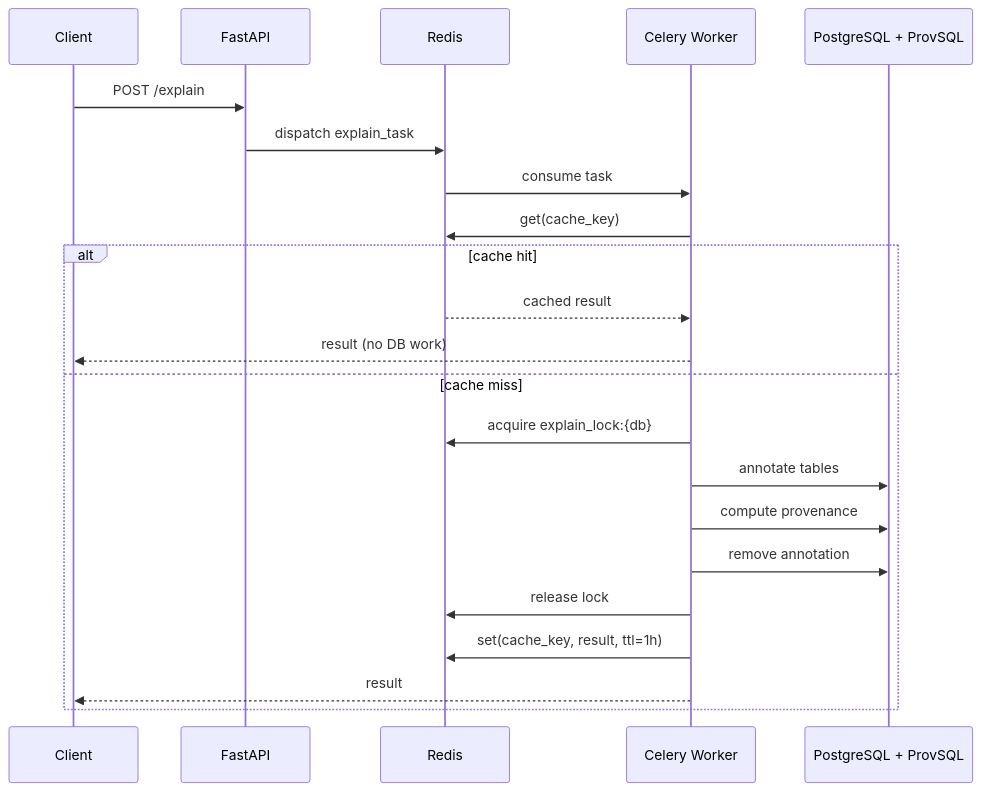
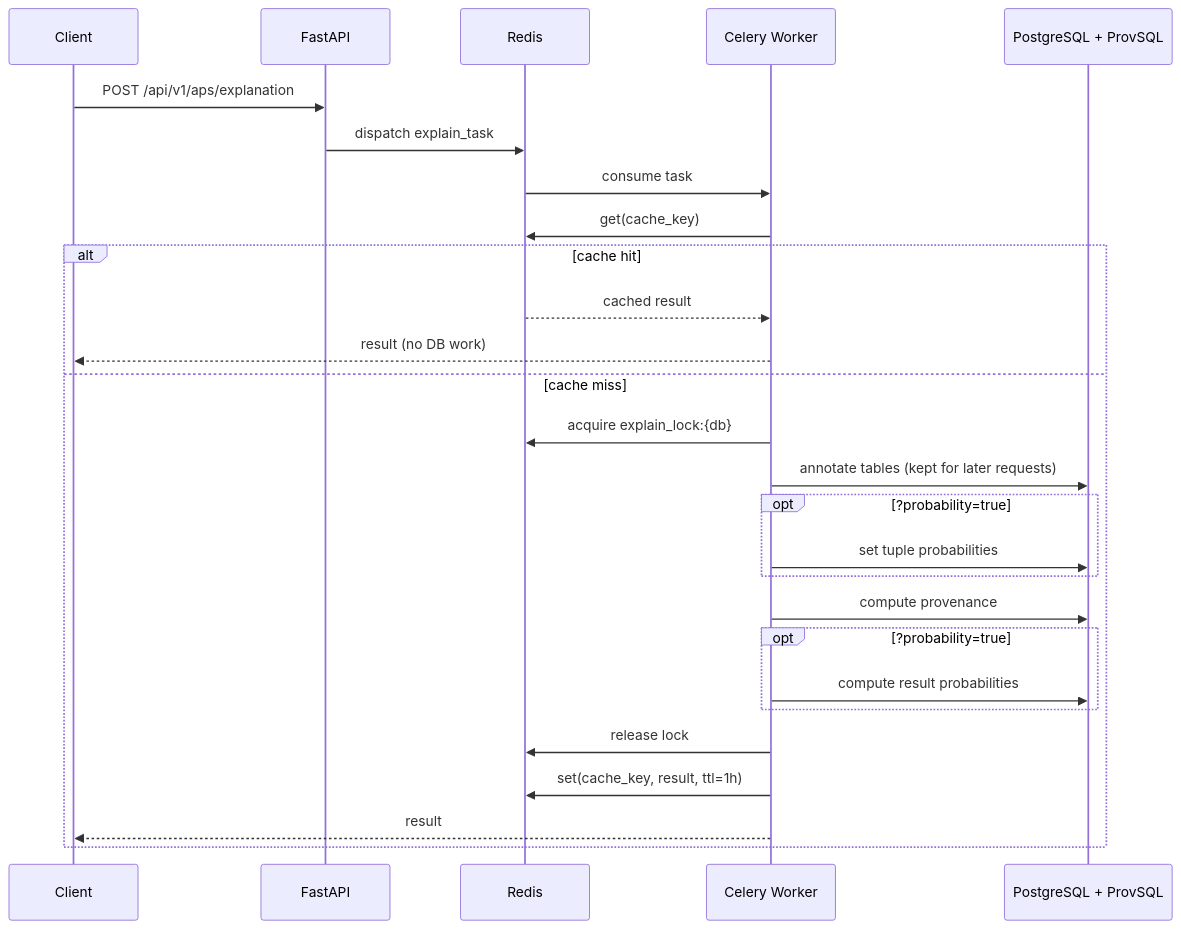
Before and after one commit to datagems-eosc/ap-explanation: the second of 2 diagrams in README.md, drawn with Mermaid. The commit also changed other lines of this file and 32 other files, not shown here.

````diff
--- a/README.md
+++ b/README.md
@@ -102,26 +117,31 @@
 ```mermaid
 sequenceDiagram
     participant Client
     participant API as FastAPI
     participant Redis
     participant Worker as Celery Worker
     participant PG as PostgreSQL + ProvSQL
 
-    Client->>API: POST /explain
+    Client->>API: POST /api/v1/aps/explanation
     API->>Redis: dispatch explain_task
     Redis->>Worker: consume task
 
     Worker->>Redis: get(cache_key)
     alt cache hit
         Redis-->>Worker: cached result
         Worker-->>Client: result (no DB work)
     else cache miss
         Worker->>Redis: acquire explain_lock:{db}
-        Worker->>PG: annotate tables
+        Worker->>PG: annotate tables (kept for later requests)
+        opt ?probability=true
+            Worker->>PG: set tuple probabilities
+        end
         Worker->>PG: compute provenance
-        Worker->>PG: remove annotation
+        opt ?probability=true
+            Worker->>PG: compute result probabilities
+        end
         Worker->>Redis: release lock
         Worker->>Redis: set(cache_key, result, ttl=1h)
         Worker-->>Client: result
     end
 ```
````
